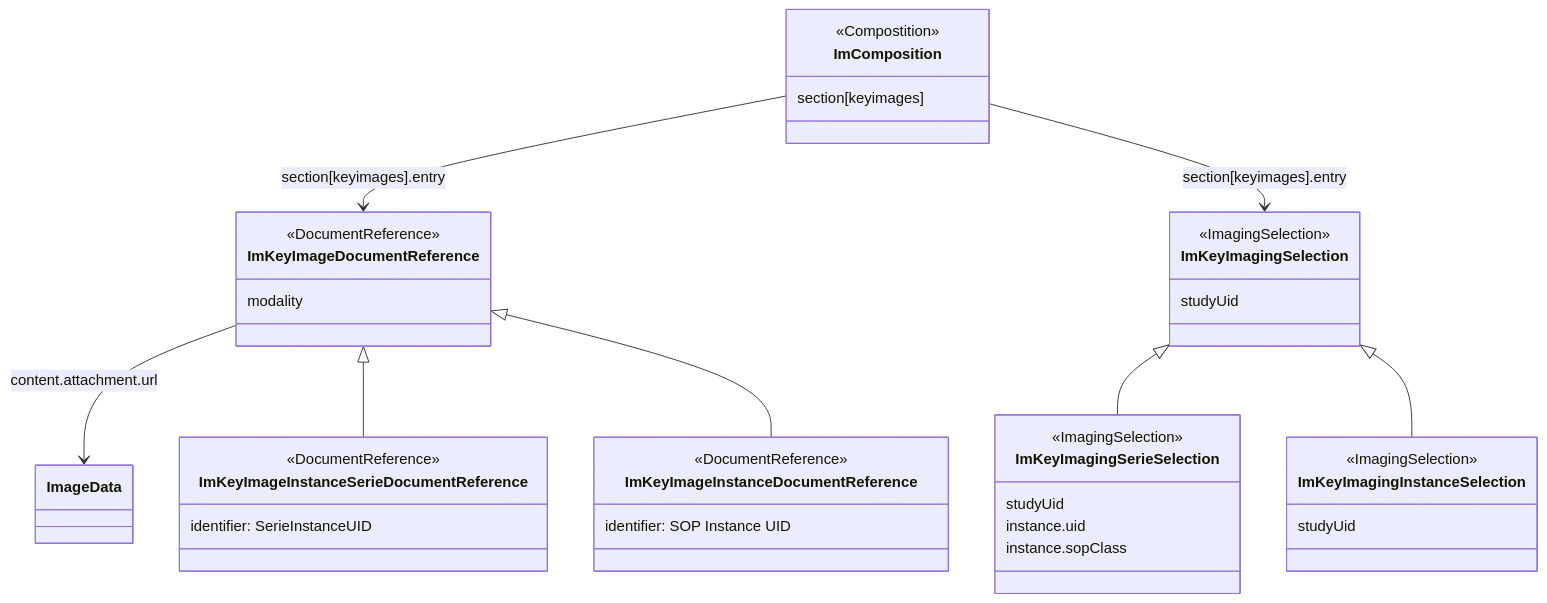
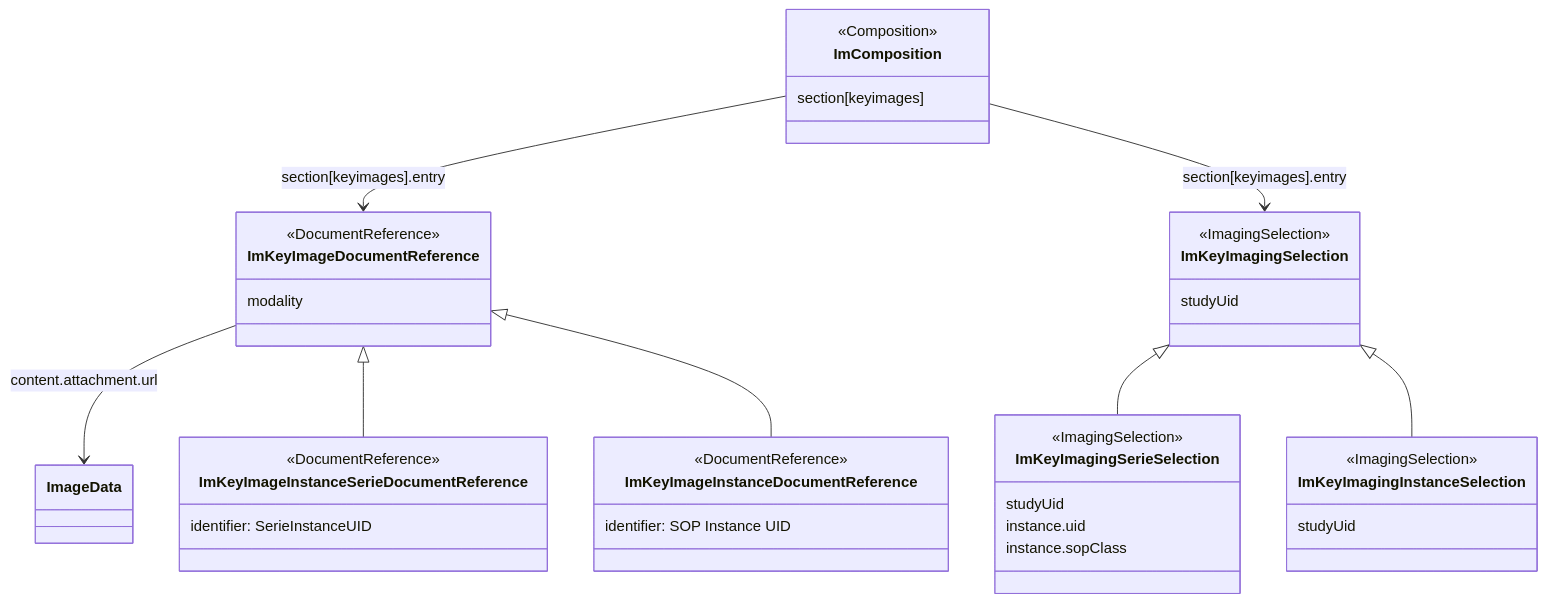
The diagram in input/pagecontent/design-consideration-keyimages.md (oijauregui/ehdsimaging), drawn with Mermaid before and after one commit. The commit also changed other lines of this file and 37 other files, not shown here.

````diff
--- a/input/pagecontent/design-consideration-keyimages.md
+++ b/input/pagecontent/design-consideration-keyimages.md
@@ -30,45 +30,43 @@
 ```mermaid
 classDiagram
     direction TD
     class ImKeyImagingSelection{ 
         <<ImagingSelection>>
         studyUid
     }
     class ImKeyImagingInstanceSelection{ 
         <<ImagingSelection>>
         studyUid
     }
     class ImKeyImagingSerieSelection{ 
         <<ImagingSelection>>
         studyUid
         instance.uid
         instance.sopClass
     }
     class ImKeyImageDocumentReference{ 
         <<DocumentReference>> 
         modality
     }
     class ImKeyImageInstanceDocumentReference{ 
         <<DocumentReference>>
         identifier: SOP Instance UID
     }
     class ImKeyImageInstanceSerieDocumentReference{ 
         <<DocumentReference>>
         identifier: SerieInstanceUID
     }
     class ImComposition{ 
-        <<Compostition>>
+        <<Composition>>
         section[keyimages]
     }
     ImComposition --> ImKeyImageDocumentReference: section[keyimages].entry
     ImComposition --> ImKeyImagingSelection: section[keyimages].entry
 
     ImKeyImageDocumentReference --> ImageData: content.attachment.url
     ImKeyImageDocumentReference <|-- ImKeyImageInstanceSerieDocumentReference
     ImKeyImageDocumentReference <|-- ImKeyImageInstanceDocumentReference
     ImKeyImagingSelection <|-- ImKeyImagingSerieSelection
     ImKeyImagingSelection <|-- ImKeyImagingInstanceSelection
     
-    ImKeyImagingSerieSelection
-
 ```
````
